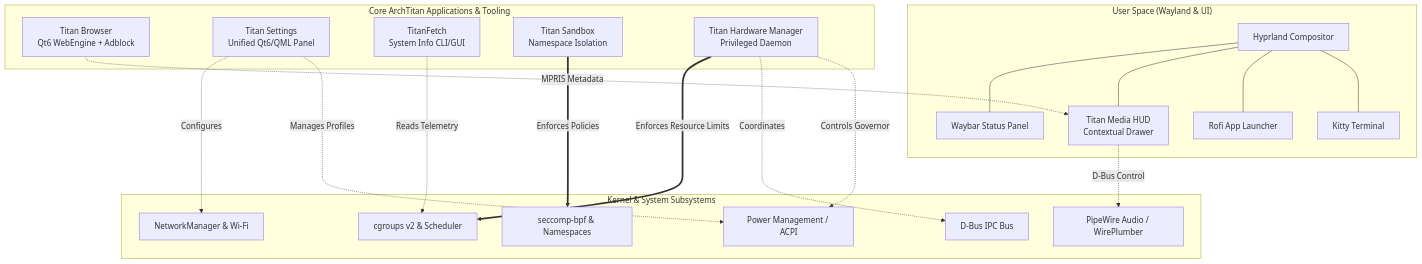
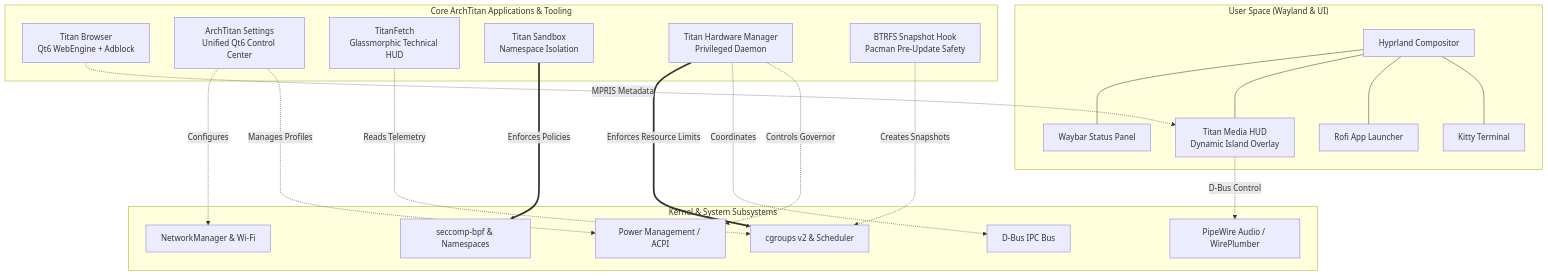
Before and after one commit to GitGuru29/archtitan-os: the first of 3 diagrams in README.md, drawn with Mermaid. The commit also changed other lines of this file, not shown here.

Commit message:
docs(readme): update README with latest components, BTRFS snapshot hook, and wiki links

````diff
--- a/README.md
+++ b/README.md
@@ -29,44 +30,46 @@
 ```mermaid
 graph TD
     subgraph "User Space (Wayland & UI)"
         H[Hyprland Compositor]
         W[Waybar Status Panel]
-        MH[Titan Media HUD<br>Contextual Drawer]
+        MH[Titan Media HUD<br>Dynamic Island Overlay]
         R[Rofi App Launcher]
         K[Kitty Terminal]
     end
 
     subgraph "Core ArchTitan Applications & Tooling"
         TB[Titan Browser<br>Qt6 WebEngine + Adblock]
-        TS_APP[Titan Settings<br>Unified Qt6/QML Panel]
-        TF[TitanFetch<br>System Info CLI/GUI]
+        TS_APP[ArchTitan Settings<br>Unified Qt6 Control Center]
+        TF[TitanFetch<br>Glassmorphic Technical HUD]
         TSD[Titan Sandbox<br>Namespace Isolation]
         THM[Titan Hardware Manager<br>Privileged Daemon]
+        BTRFS[BTRFS Snapshot Hook<br>Pacman Pre-Update Safety]
     end
 
     subgraph "Kernel & System Subsystems"
         CG[cgroups v2 & Scheduler]
         SEC[seccomp-bpf & Namespaces]
         PM[Power Management / ACPI]
         PW[PipeWire Audio / WirePlumber]
         NM[NetworkManager & Wi-Fi]
         DB[D-Bus IPC Bus]
     end
 
     %% User Space Connections
     H --- W
     H --- MH
     H --- R
     H --- K
     
     %% Tooling Interactions
     TB -.->|MPRIS Metadata| MH
     MH -.->|D-Bus Control| PW
     TS_APP -.->|Configures| NM
     TS_APP -.->|Manages Profiles| PM
     TSD ==>|Enforces Policies| SEC
     TF -.->|Reads Telemetry| CG
     THM ==>|Enforces Resource Limits| CG
     THM -.->|Coordinates| DB
     THM -.->|Controls Governor| PM
+    BTRFS -.->|Creates Snapshots| CG
 ```
````
